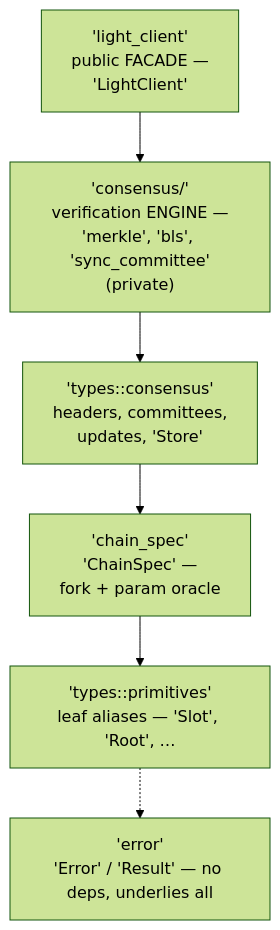
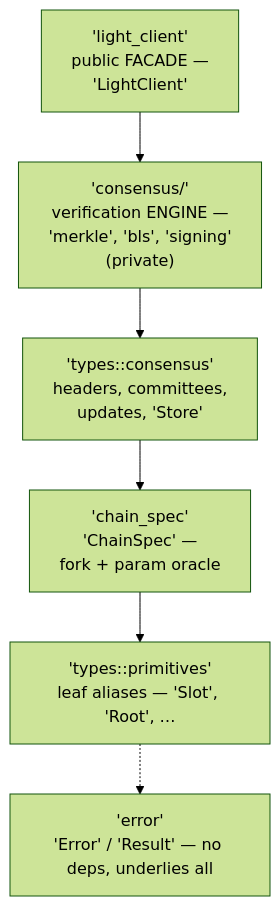
The first of 2 diagrams in src/README.md (EchoAlice/eth-light-client), drawn with Mermaid (forest theme) before and after one commit. The commit also changed other lines of this file and 2 other files, not shown here.

Commit message:
ssz: SyncCommittee::hash_tree_root reuses RawSyncCommittee<N>; CommitteeRoot32/512 delete (closes #160) (#166)

````diff
--- a/src/README.md
+++ b/src/README.md
@@ -9,12 +9,12 @@
 ```mermaid
 flowchart TD
     fac["'light_client'<br/>public FACADE —<br/>'LightClient'"]
-    eng["'consensus/'<br/>verification ENGINE —<br/>'merkle', 'bls', 'sync_committee'<br/>(private)"]
+    eng["'consensus/'<br/>verification ENGINE —<br/>'merkle', 'bls', 'signing'<br/>(private)"]
     ct["'types::consensus'<br/>headers, committees,<br/>updates, 'Store'"]
     cfg["'chain_spec'<br/>'ChainSpec' —<br/>fork + param oracle"]
     prim["'types::primitives'<br/>leaf aliases — 'Slot', 'Root', …"]
     err["'error'<br/>'Error' / 'Result' — no deps, underlies all"]
 
     fac --> eng --> ct --> cfg --> prim
     prim -.-> err
 ```
````
